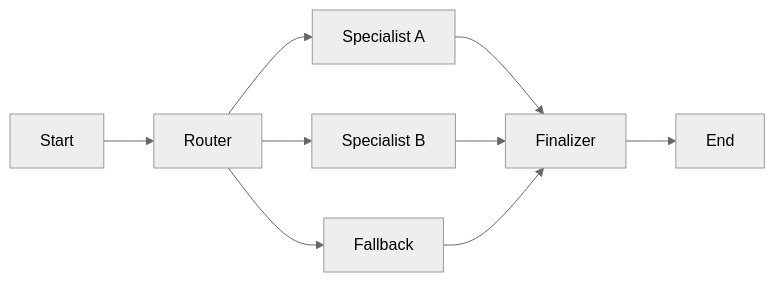
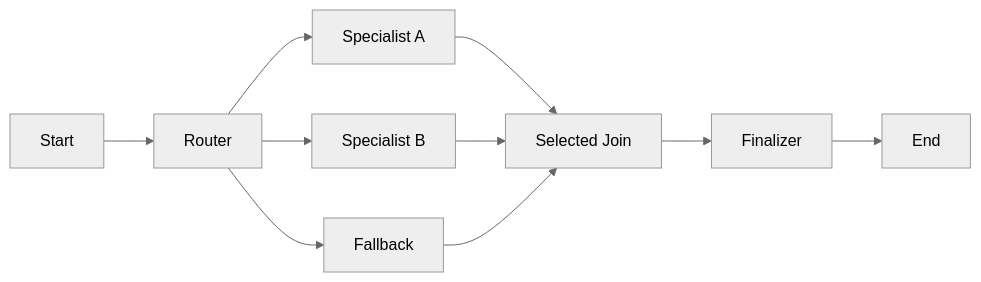
Before and after one commit to is-xianglei/AgentOS: the fifth of 11 diagrams in docs/multi-agent-orchestration-implementation-plan.md, drawn with Mermaid (neutral theme). The commit also changed other lines of this file, not shown here.

````diff
--- a/docs/multi-agent-orchestration-implementation-plan.md
+++ b/docs/multi-agent-orchestration-implementation-plan.md
@@ -1976,11 +2932,12 @@
 ```mermaid
 flowchart LR
     S["Start"] --> R["Router"]
     R --> A1["Specialist A"]
     R --> A2["Specialist B"]
     R --> FB["Fallback"]
-    A1 --> F["Finalizer"]
-    A2 --> F
-    FB --> F
+    A1 --> J["Selected Join"]
+    A2 --> J
+    FB --> J
+    J --> F["Finalizer"]
     F --> E["End"]
 ```
````
